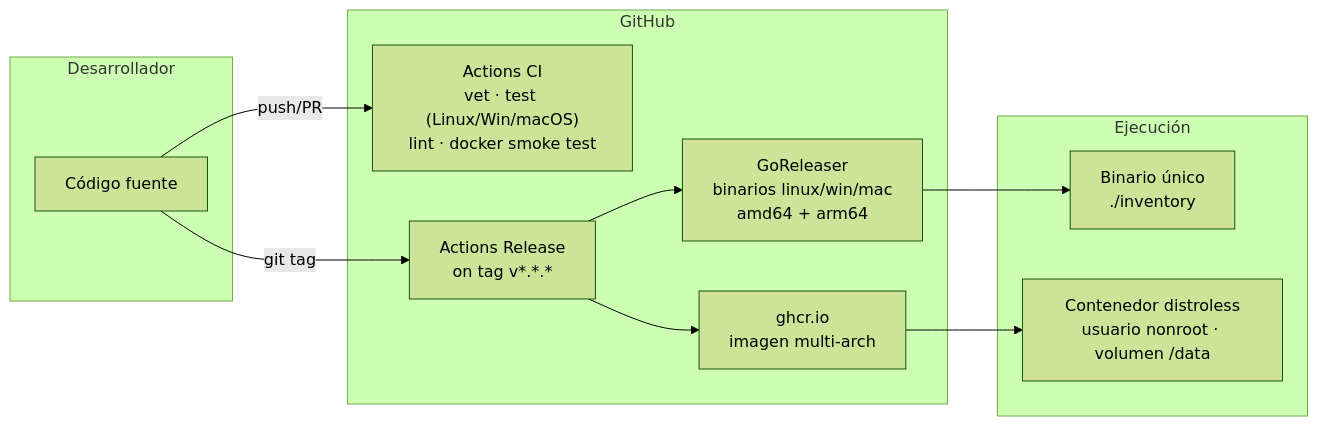
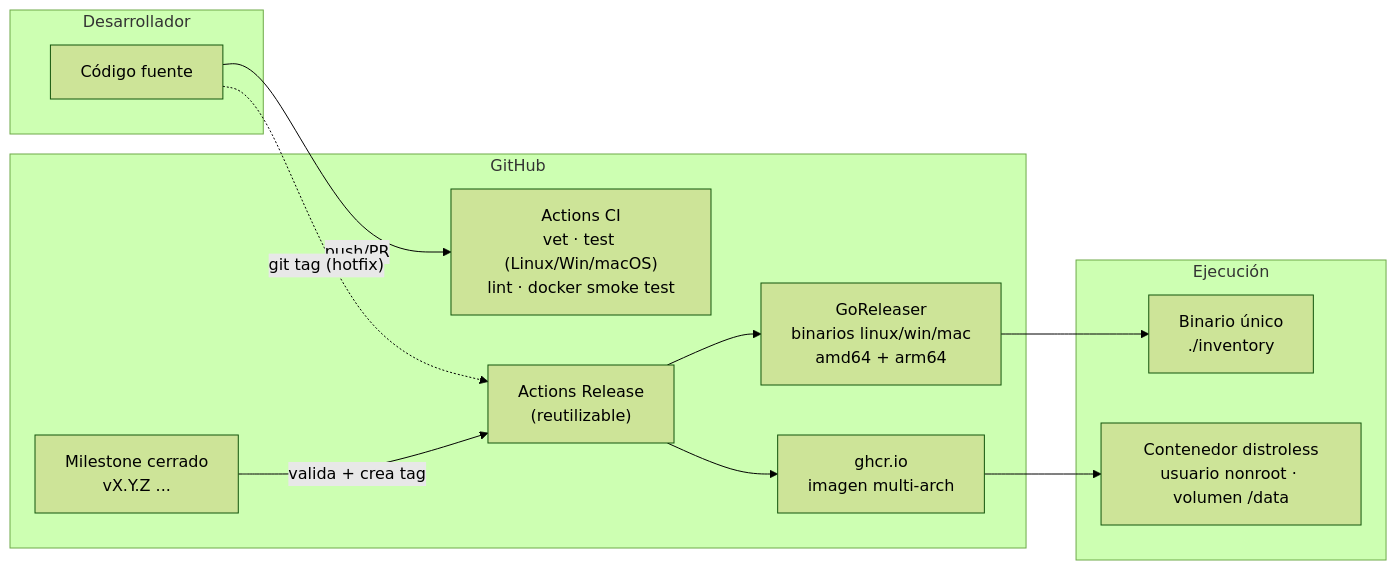
The sixth of 6 diagrams in docs/ARCHITECTURE.md (MainRDSniper09/Inventory-Project-Go), drawn with Mermaid (forest theme) before and after one commit. The commit also changed 9 other files, not shown here.

First line of the commit message:
ci: publicar la release automáticamente al cerrar un milestone

````diff
--- a/docs/ARCHITECTURE.md
+++ b/docs/ARCHITECTURE.md
@@ -377,20 +377,22 @@
 ```mermaid
 flowchart LR
     subgraph Dev["Desarrollador"]
         SRC[Código fuente]
     end
     subgraph GH["GitHub"]
         CI["Actions CI<br/>vet · test (Linux/Win/macOS)<br/>lint · docker smoke test"]
-        REL["Actions Release<br/>on tag v*.*.*"]
+        MS["Milestone cerrado<br/>vX.Y.Z ..."]
+        REL["Actions Release<br/>(reutilizable)"]
         GR["GoReleaser<br/>binarios linux/win/mac<br/>amd64 + arm64"]
         GHCR["ghcr.io<br/>imagen multi-arch"]
     end
     subgraph Run["Ejecución"]
         BIN["Binario único<br/>./inventory"]
         DOCK["Contenedor distroless<br/>usuario nonroot · volumen /data"]
     end
     SRC -- push/PR --> CI
-    SRC -- git tag --> REL
+    MS -- "valida + crea tag" --> REL
+    SRC -. "git tag (hotfix)" .-> REL
     REL --> GR --> BIN
     REL --> GHCR --> DOCK
 ```
````
